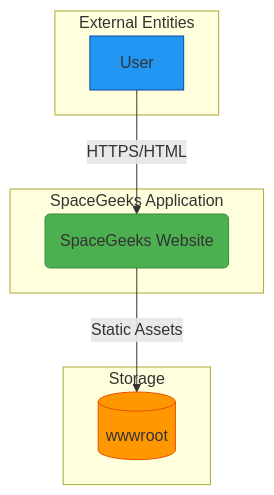
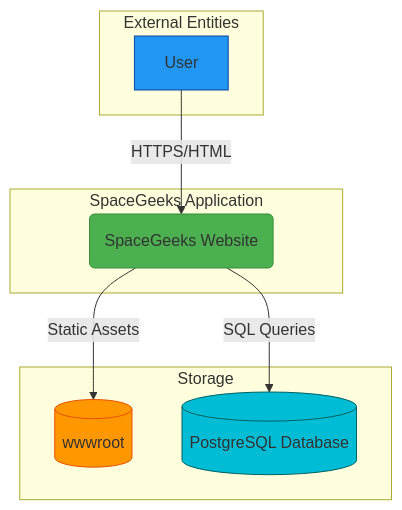
The diagram in docs/architecture/system-context.md (gjduggins/SpaceGeeks), drawn with Mermaid before and after one commit. The commit also changed other lines of this file and 6 other files, not shown here.

First line of the commit message:
Add PostgreSQL migration architecture documentation

````diff
--- a/docs/architecture/system-context.md
+++ b/docs/architecture/system-context.md
@@ -9,21 +9,24 @@
 ```mermaid
 graph TD
     A[User] -->|HTTPS/HTML| B(SpaceGeeks Website)
     B -->|Static Assets| C[(wwwroot)]
+    B -->|SQL Queries| D[(PostgreSQL Database)]
     
     subgraph "SpaceGeeks Application"
         B
     end
     
     subgraph "External Entities"
         A
     end
     
     subgraph "Storage"
         C
+        D
     end
     
     style B fill:#4CAF50,stroke:#388E3C
     style A fill:#2196F3,stroke:#0D47A1
     style C fill:#FF9800,stroke:#E65100
+    style D fill:#00BCD4,stroke:#006064
 ```
````
